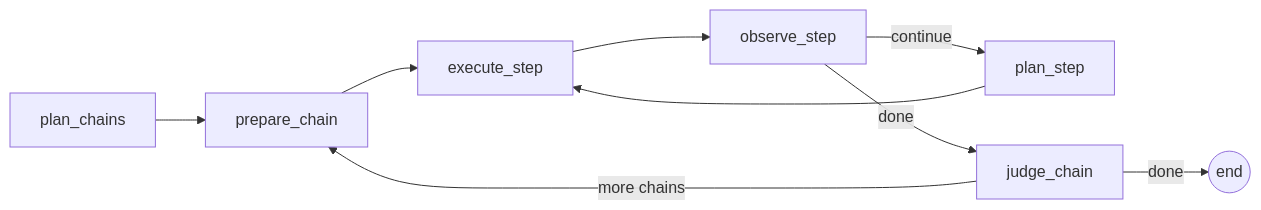
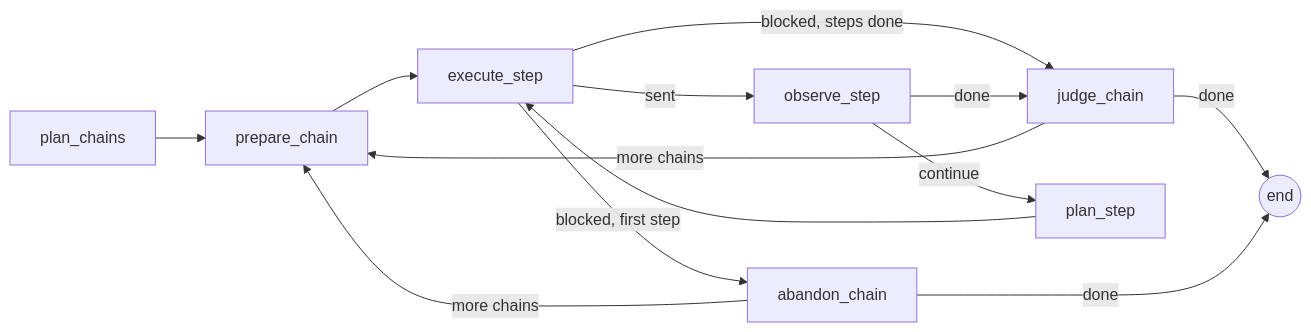
One commit to mkrtchian/mcp-auditor changed the third of 3 diagrams in README.md. Above: the diagram before and after it, drawn with Mermaid. The commit also changed other lines of this file and 6 other files, not shown here.

````diff
--- a/README.md
+++ b/README.md
@@ -81,11 +84,15 @@
 ```mermaid
 graph LR
     P[plan_chains] --> C[prepare_chain]
     C --> E[execute_step]
-    E --> O[observe_step]
+    E -->|sent| O[observe_step]
+    E -->|blocked, steps done| J[judge_chain]
+    E -->|blocked, first step| A[abandon_chain]
     O -->|continue| S[plan_step]
     S --> E
-    O -->|done| J[judge_chain]
+    O -->|done| J
     J -->|more chains| C
     J -->|done| X((end))
+    A -->|more chains| C
+    A -->|done| X
 ```
````
